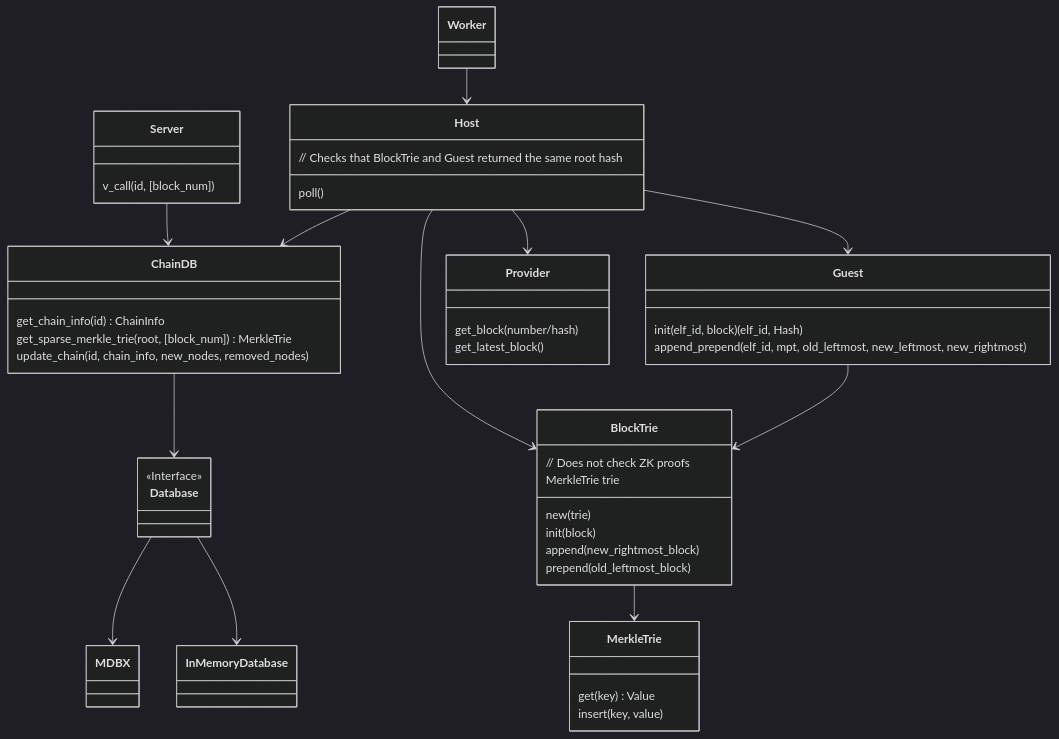
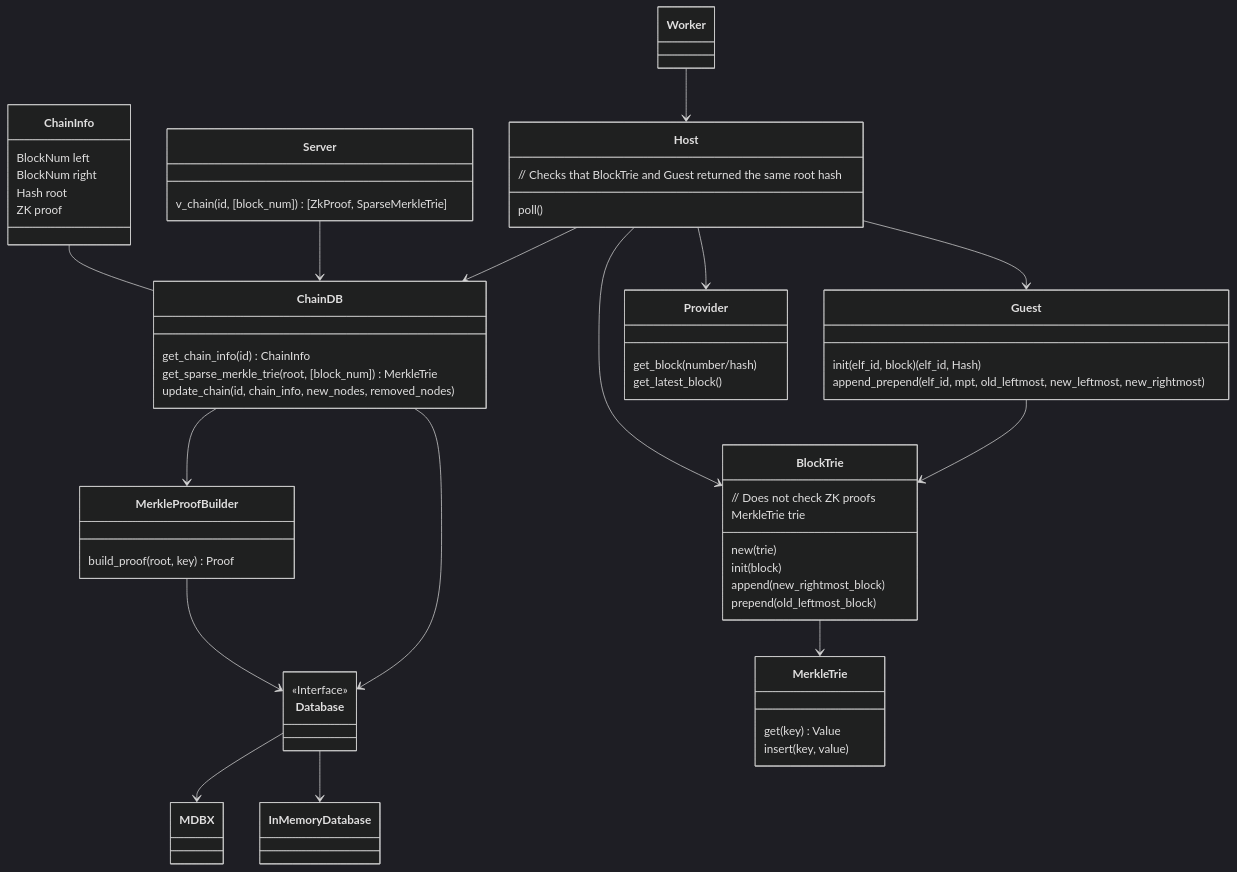
The diagram in book/src/appendix/architecture/block_proof/coherence.md (vlayer-xyz/vlayer), drawn with Mermaid before and after one commit.

Commit message:
Small improvements after running through Adam

````diff
--- a/book/src/appendix/architecture/block_proof/coherence.md
+++ b/book/src/appendix/architecture/block_proof/coherence.md
@@ -166,61 +166,75 @@
 ```mermaid
 %%{init: {'theme':'dark'}}%%
 classDiagram
     class MDBX
     class InMemoryDatabase
     class Database {
         <<Interface>>
     }
 
     class ChainDB {
         get_chain_info(id) ChainInfo
         get_sparse_merkle_trie(root, [block_num]) MerkleTrie
         update_chain(id, chain_info, new_nodes, removed_nodes)
     }
 
     class MerkleTrie {
         get(key) Value
         insert(key, value)
     }
 
     class BlockTrie {
         // Does not check ZK proofs
         MerkleTrie trie
 
         new(trie)
         init(block)
         append(new_rightmost_block)
         prepend(old_leftmost_block)
     }
 
     class Guest {
         init(elf_id, block) (elf_id, Hash)
         append_prepend(elf_id, mpt, old_leftmost, new_leftmost, new_rightmost)
     }
 
     class Host {
         // Checks that BlockTrie and Guest returned the same root hash
         poll()
     }
 
     class Server {
-        v_call(id, [block_num])
+        v_chain(id, [block_num]) [ZkProof, SparseMerkleTrie]
+    }
+
+    class ChainInfo {
+      BlockNum left
+      BlockNum right
+      Hash root
+      ZK proof
+    }
+
+    class MerkleProofBuilder {
+      build_proof(root, key) Proof
     }
 
     class Provider {
       get_block(number/hash)
       get_latest_block()
     }
 
     Database --> MDBX
     Database --> InMemoryDatabase
     ChainDB --> Database
+    ChainDB --> MerkleProofBuilder
+    MerkleProofBuilder --> Database
     Worker --> Host
     Host --> ChainDB
     Host --> Guest
     Host --> Provider
     Server --> ChainDB
     BlockTrie --> MerkleTrie
     Guest --> BlockTrie
     Host --> BlockTrie
+    ChainInfo -- ChainDB
 ```
````
